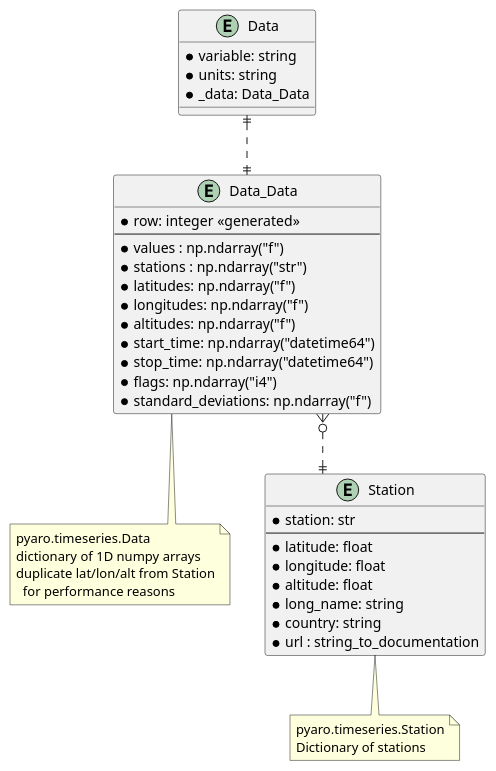
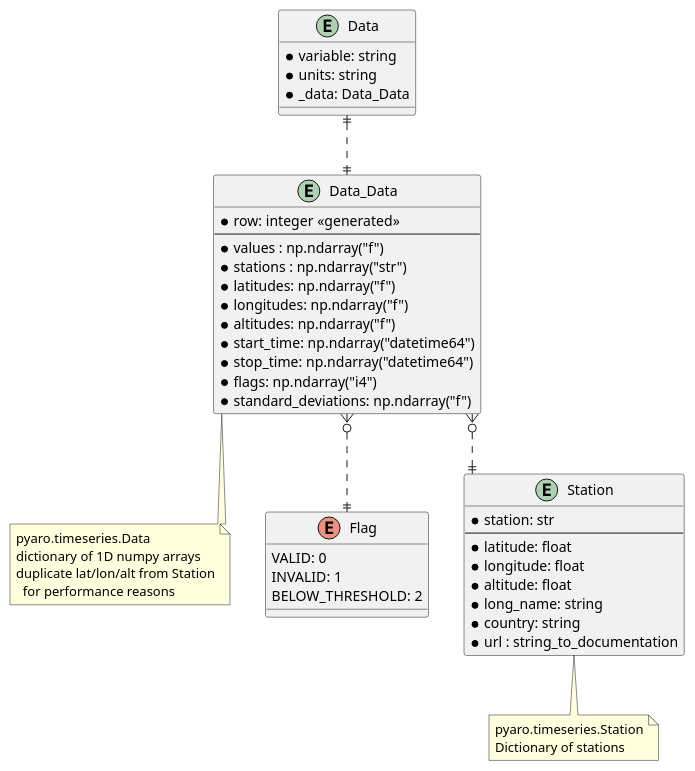
Before and after one commit to metno/pyaro: the diagram in docs/puml/TimeseriesReader.puml, drawn with PlantUML.

```diff
--- a/docs/puml/TimeseriesReader.puml
+++ b/docs/puml/TimeseriesReader.puml
@@ -1,61 +1,68 @@
 @startuml
 ' hide the spot
 ' hide circle
 
 ' avoid problems with angled crows feet
 skinparam linetype ortho
 
 entity "Data" {
   *variable: string
   *units: string
   *_data: Data_Data
 }
 
 entity "Data_Data" {
   *row: integer <<generated>>
   --
   *values : np.ndarray("f")
   *stations : np.ndarray("str")
   *latitudes: np.ndarray("f")
   *longitudes: np.ndarray("f")
   *altitudes: np.ndarray("f")
   *start_time: np.ndarray("datetime64")
   *stop_time: np.ndarray("datetime64")
   *flags: np.ndarray("i4")
   *standard_deviations: np.ndarray("f")
 }
 note bottom of Data_Data
 pyaro.timeseries.Data
 dictionary of 1D numpy arrays
 duplicate lat/lon/alt from Station
   for performance reasons
 end note
 
+enum "Flag" {
+  VALID: 0
+  INVALID: 1
+  BELOW_THRESHOLD: 2
+}
+
 entity "Station" {
   *station: str
   --
   *latitude: float
   *longitude: float
   *altitude: float
   *long_name: string
   *country: string
   *url : string_to_documentation
 }
 note bottom of Station
 pyaro.timeseries.Station
 Dictionary of stations
 end note
 
 ' entity "Variable" {
 '   *variable: string
 '   *units: string
 ' }
 ' note right of Variable
 ' Dictionary
 ' end note
 
 Data ||..|| Data_Data
 Data_Data }o..|| Station
+Data_Data }o..|| Flag
 ' TimeseriesReaderData }o..|| Variable
 
 @enduml
```
